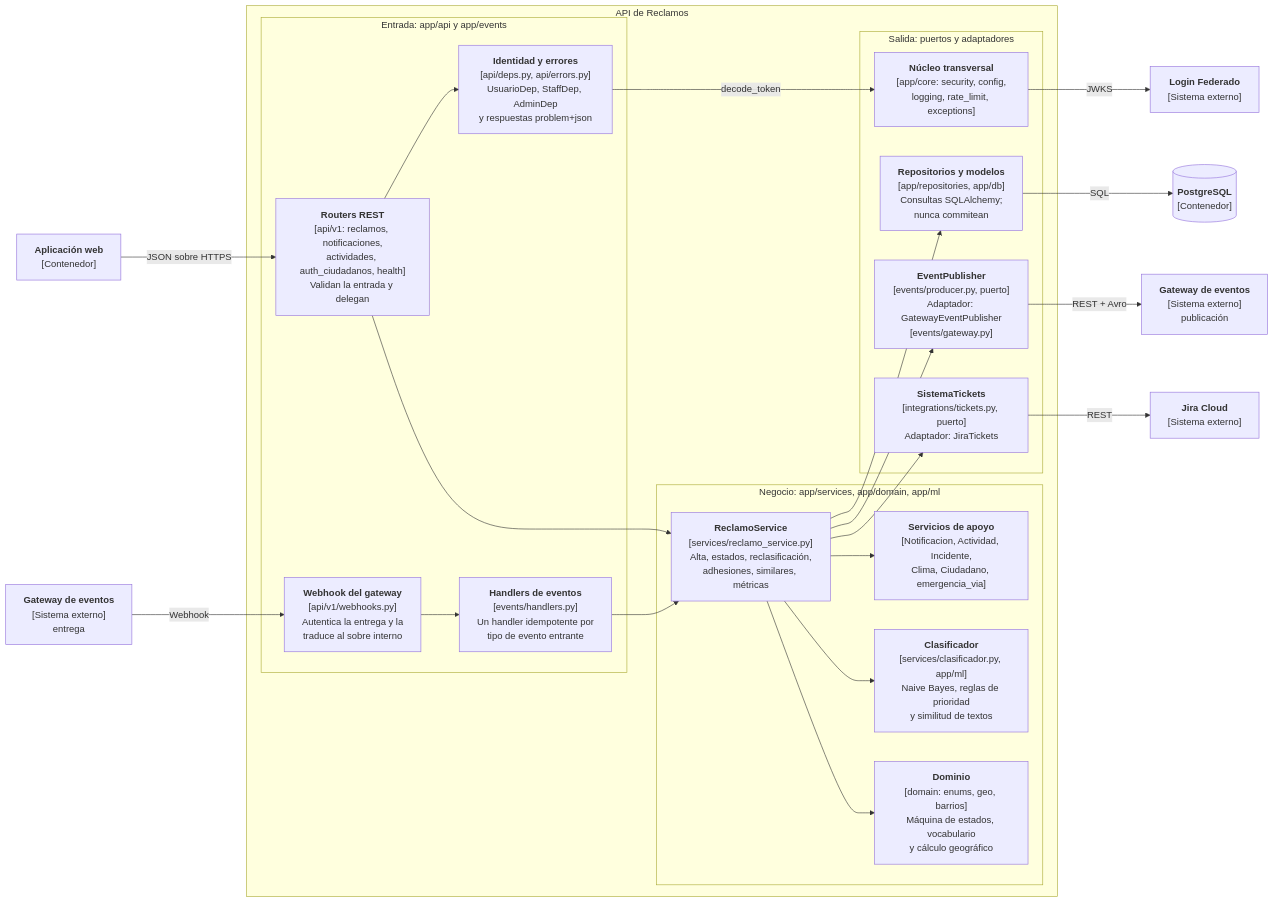
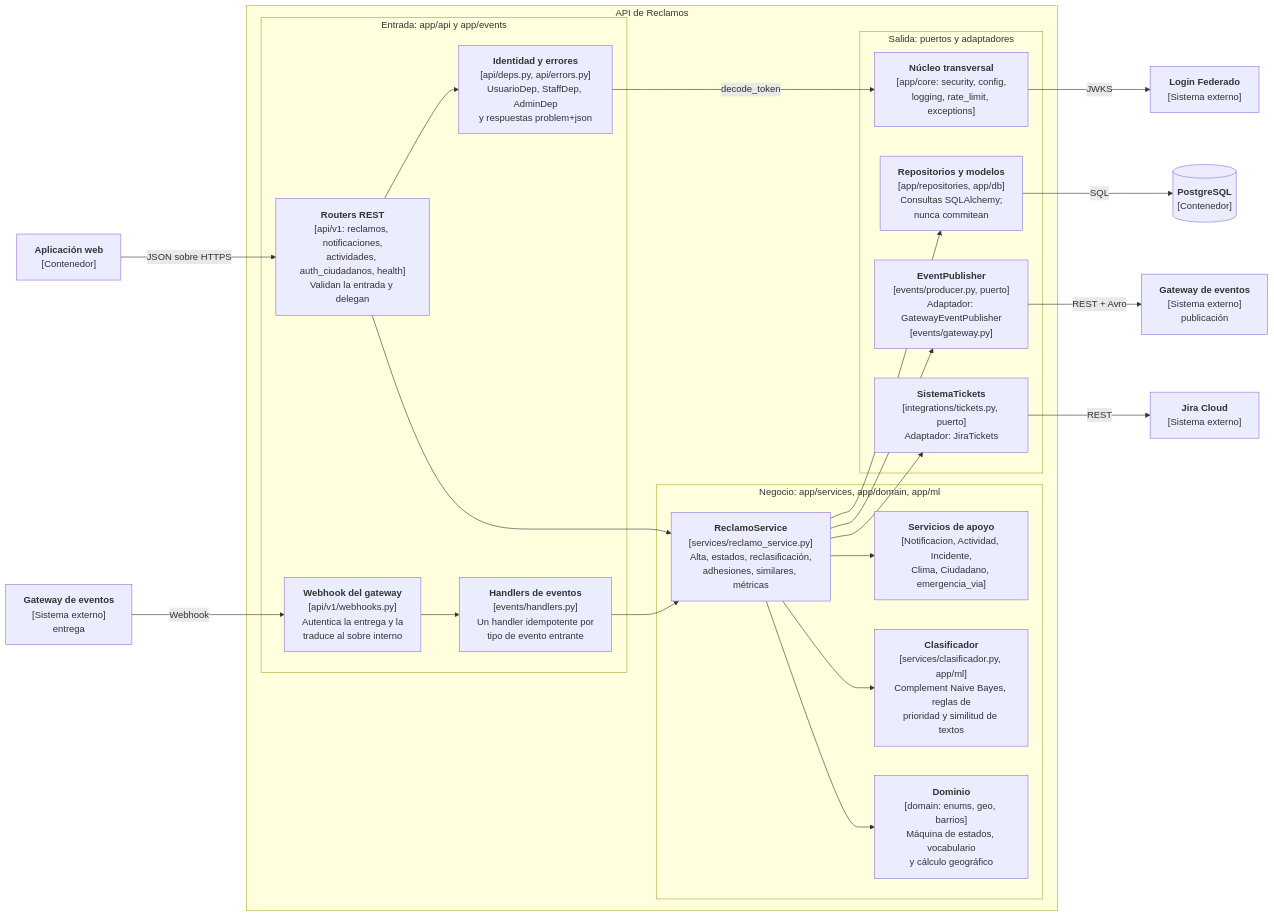
Before and after one commit to agustin-perez-data/APIS2-G5-RECLAMOS-BACKEND: the diagram in docs/arquitectura/c4-3-componentes.md, drawn with Mermaid. The commit also changed 9 other files, not shown here.

````diff
--- a/docs/arquitectura/c4-3-componentes.md
+++ b/docs/arquitectura/c4-3-componentes.md
@@ -7,55 +7,55 @@
 ```mermaid
 flowchart LR
     spa["<b>Aplicación web</b><br/>[Contenedor]"]
     gwIn["<b>Gateway de eventos</b><br/>[Sistema externo]<br/>entrega"]
 
     subgraph api["API de Reclamos"]
         subgraph entrada["Entrada: app/api y app/events"]
             routers["<b>Routers REST</b><br/>[api/v1: reclamos, notificaciones,<br/>actividades, auth_ciudadanos, health]<br/>Validan la entrada y delegan"]
             deps["<b>Identidad y errores</b><br/>[api/deps.py, api/errors.py]<br/>UsuarioDep, StaffDep, AdminDep<br/>y respuestas problem+json"]
             webhook["<b>Webhook del gateway</b><br/>[api/v1/webhooks.py]<br/>Autentica la entrega y la<br/>traduce al sobre interno"]
             handlers["<b>Handlers de eventos</b><br/>[events/handlers.py]<br/>Un handler idempotente por<br/>tipo de evento entrante"]
         end
 
         subgraph negocio["Negocio: app/services, app/domain, app/ml"]
             reclamoSvc["<b>ReclamoService</b><br/>[services/reclamo_service.py]<br/>Alta, estados, reclasificación,<br/>adhesiones, similares, métricas"]
             soporte["<b>Servicios de apoyo</b><br/>[Notificacion, Actividad, Incidente,<br/>Clima, Ciudadano, emergencia_via]"]
-            clasificador["<b>Clasificador</b><br/>[services/clasificador.py, app/ml]<br/>Naive Bayes, reglas de prioridad<br/>y similitud de textos"]
+            clasificador["<b>Clasificador</b><br/>[services/clasificador.py, app/ml]<br/>Complement Naive Bayes, reglas de<br/>prioridad y similitud de textos"]
             dominio["<b>Dominio</b><br/>[domain: enums, geo, barrios]<br/>Máquina de estados, vocabulario<br/>y cálculo geográfico"]
         end
 
         subgraph salida["Salida: puertos y adaptadores"]
             repos["<b>Repositorios y modelos</b><br/>[app/repositories, app/db]<br/>Consultas SQLAlchemy;<br/>nunca commitean"]
             publisher["<b>EventPublisher</b><br/>[events/producer.py, puerto]<br/>Adaptador: GatewayEventPublisher<br/>[events/gateway.py]"]
             tickets["<b>SistemaTickets</b><br/>[integrations/tickets.py, puerto]<br/>Adaptador: JiraTickets"]
             nucleo["<b>Núcleo transversal</b><br/>[app/core: security, config,<br/>logging, rate_limit, exceptions]"]
         end
     end
 
     db[("<b>PostgreSQL</b><br/>[Contenedor]")]
     gwOut["<b>Gateway de eventos</b><br/>[Sistema externo]<br/>publicación"]
     jira["<b>Jira Cloud</b><br/>[Sistema externo]"]
     idp["<b>Login Federado</b><br/>[Sistema externo]"]
 
     spa -->|"JSON sobre HTTPS"| routers
     gwIn -->|"Webhook"| webhook
 
     routers --> deps
     routers --> reclamoSvc
     webhook --> handlers
     handlers --> reclamoSvc
 
     reclamoSvc --> soporte
     reclamoSvc --> clasificador
     reclamoSvc --> dominio
 
     reclamoSvc --> repos
     reclamoSvc --> publisher
     reclamoSvc --> tickets
     deps -->|"decode_token"| nucleo
 
     repos -->|"SQL"| db
     publisher -->|"REST + Avro"| gwOut
     tickets -->|"REST"| jira
     nucleo -->|"JWKS"| idp
 ```
````
